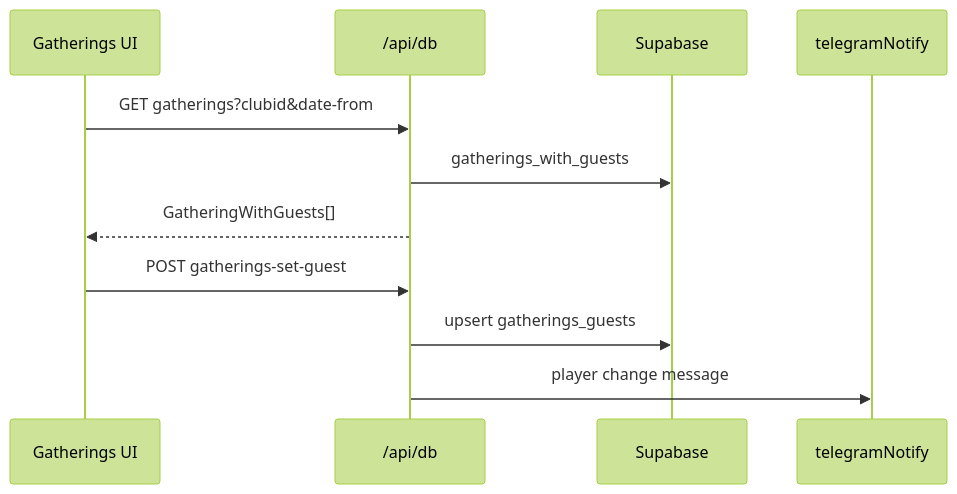
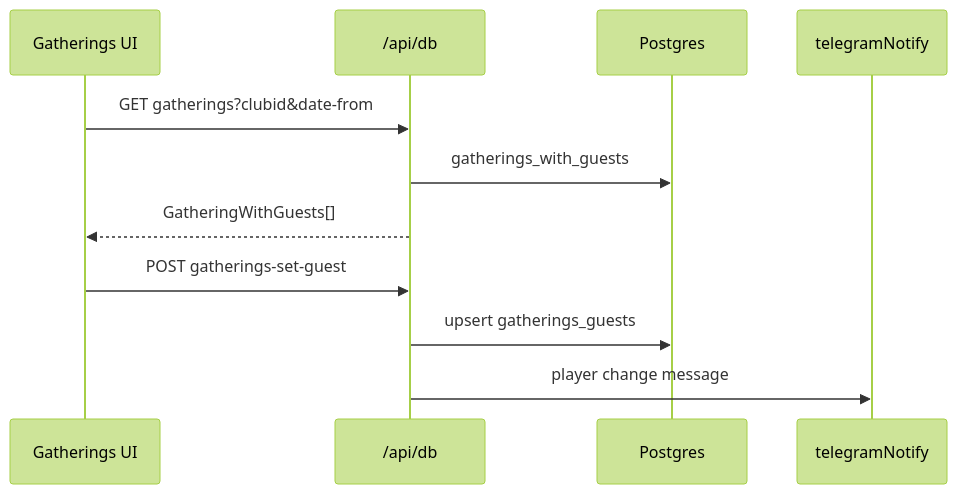
The diagram in docs/features/gatherings.md (Tirvy/cartonium), drawn with Mermaid (forest theme) before and after one commit. The commit also changed 51 other files, not shown here.

Commit message:
Harden the local Postgres cutover with API authz, schema fixes, and ops tooling.

````diff
--- a/docs/features/gatherings.md
+++ b/docs/features/gatherings.md
@@ -25,13 +25,13 @@
 ```mermaid
 sequenceDiagram
   participant UI as Gatherings UI
   participant API as /api/db
-  participant DB as Supabase
+  participant DB as Postgres
   participant TG as telegramNotify
   UI->>API: GET gatherings?clubid&date-from
   API->>DB: gatherings_with_guests
   API-->>UI: GatheringWithGuests[]
   UI->>API: POST gatherings-set-guest
   API->>DB: upsert gatherings_guests
   API->>TG: player change message
 ```
````
